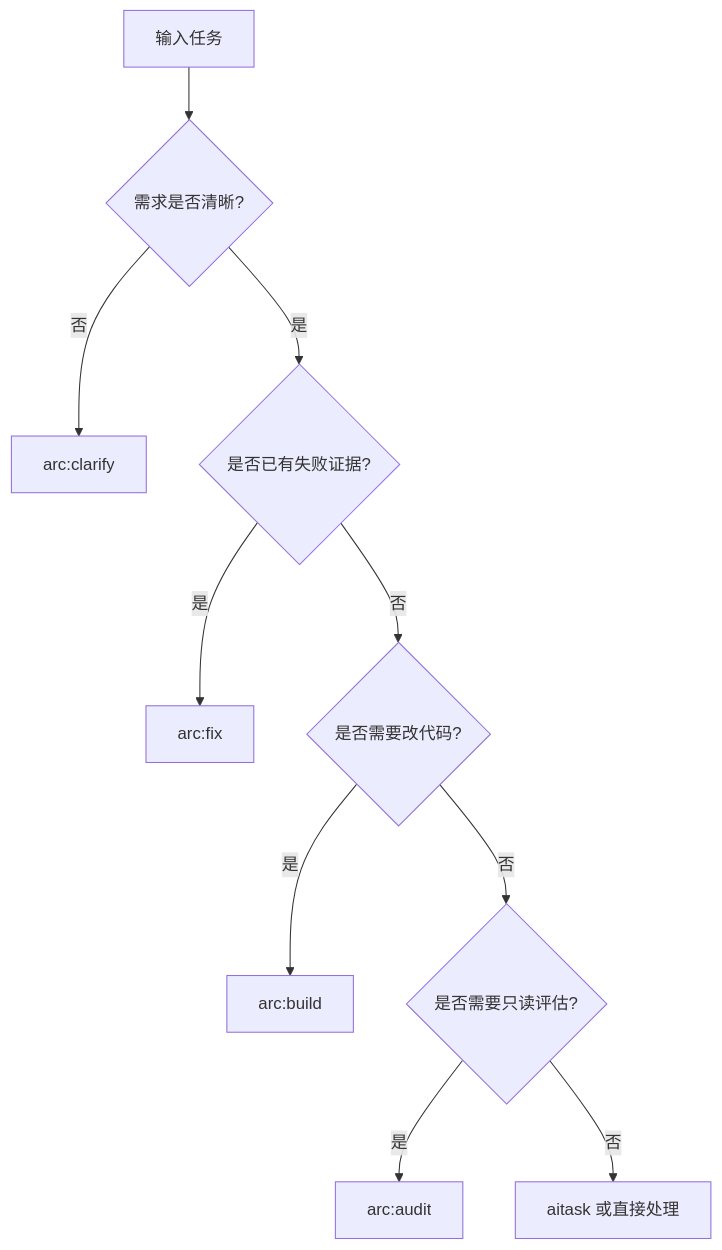
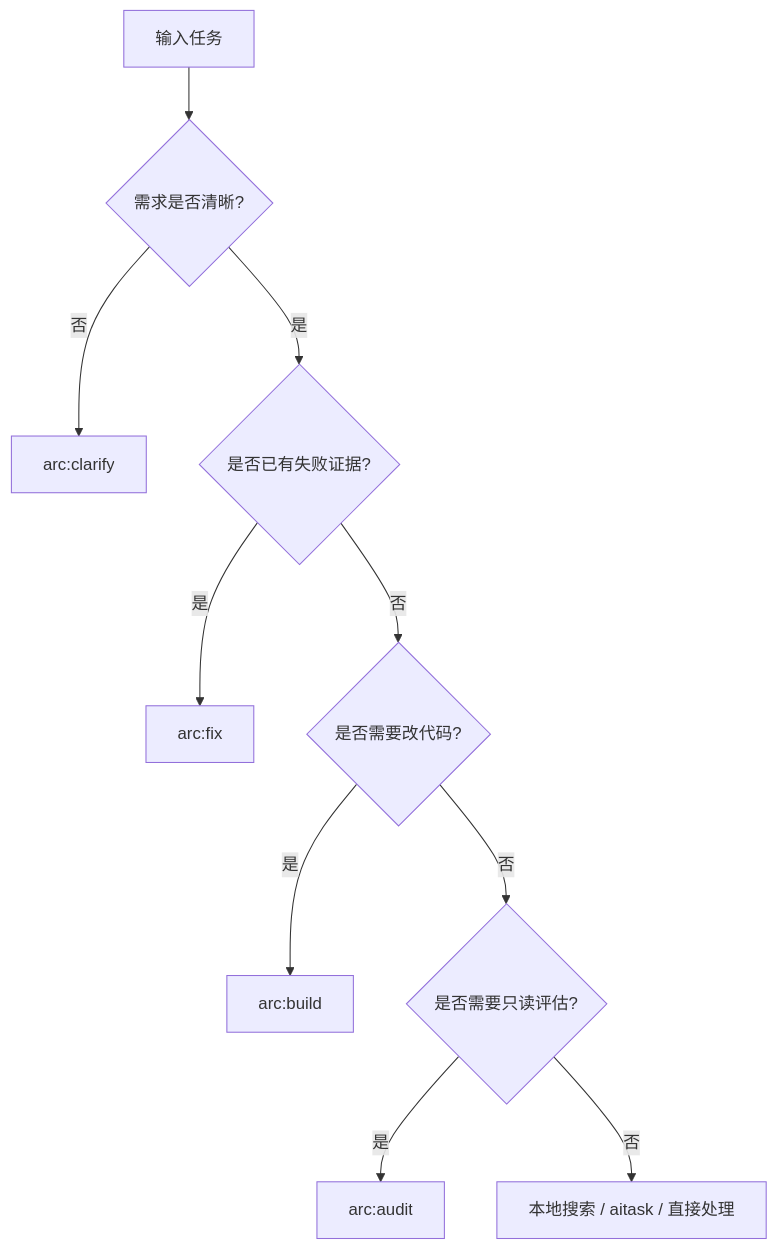
Before and after one commit to iwen-conf/Skills: the diagram in docs/arc-routing-matrix.md, drawn with Mermaid. The commit also changed other lines of this file and 20 other files, not shown here.

````diff
--- a/docs/arc-routing-matrix.md
+++ b/docs/arc-routing-matrix.md
@@ -14,12 +14,12 @@
 ```mermaid
 flowchart TD
     A[输入任务] --> B{需求是否清晰?}
     B -- 否 --> C[arc:clarify]
     B -- 是 --> D{是否已有失败证据?}
     D -- 是 --> F[arc:fix]
     D -- 否 --> E{是否需要改代码?}
     E -- 是 --> G[arc:build]
     E -- 否 --> H{是否需要只读评估?}
     H -- 是 --> I[arc:audit]
-    H -- 否 --> J[aitask 或直接处理]
+    H -- 否 --> J[本地搜索 / aitask / 直接处理]
 ```
````
